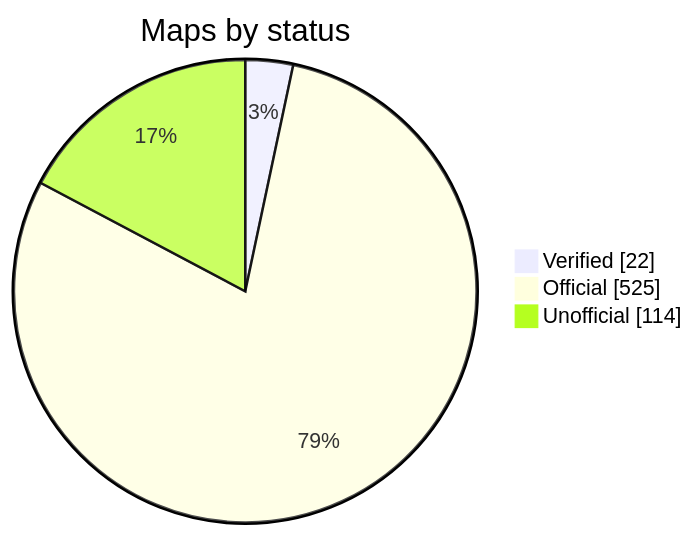
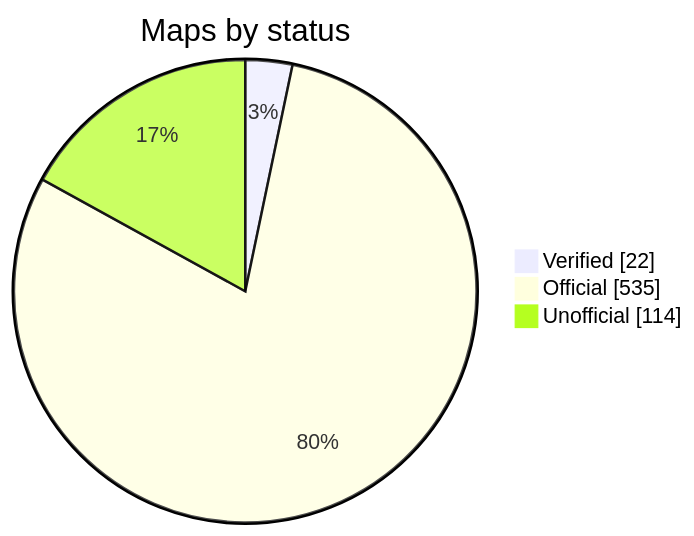
The diagram in README.md (nobrega8/mbmap-library), drawn with Mermaid before and after one commit. The commit also changed 15 other files, not shown here.

````diff
--- a/README.md
+++ b/README.md
@@ -52,7 +52,7 @@
 ```mermaid
 pie showData
     title Maps by status
     "Verified" : 22
-    "Official" : 525
+    "Official" : 535
     "Unofficial" : 114
 ```
````
